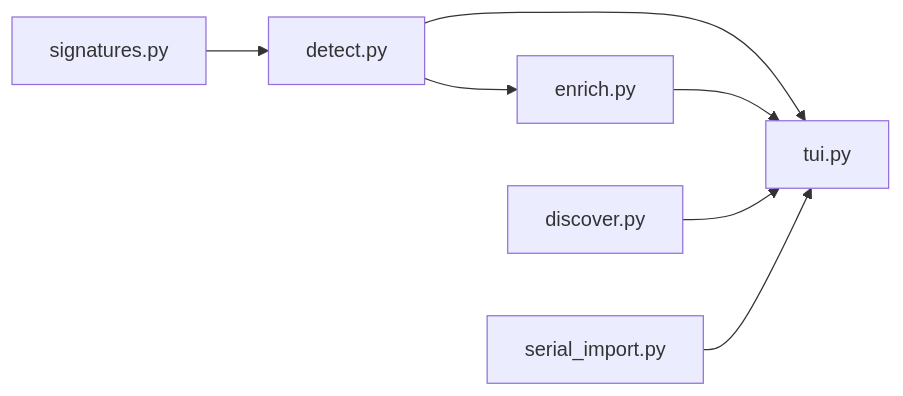
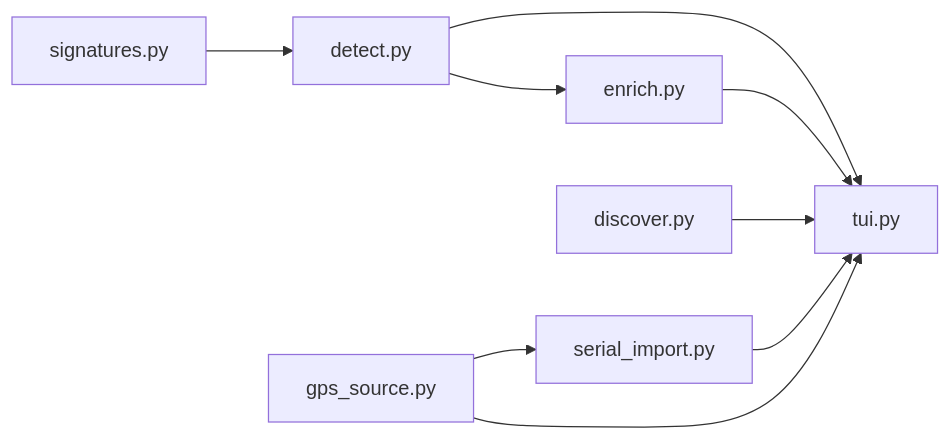
One commit to thehappydinoa/flockdar changed the second of 2 diagrams in README.md. Above: the diagram before and after it, drawn with Mermaid. The commit also changed other lines of this file and 11 other files, not shown here.

First line of the commit message:
Add Meshtastic GPS source + Raspberry Pi deployment

````diff
--- a/README.md
+++ b/README.md
@@ -177,16 +179,19 @@
 ```mermaid
 graph LR
     SIG[signatures.py]
     DET[detect.py]
     ENR[enrich.py]
     DIS[discover.py]
     SER[serial_import.py]
+    GPS[gps_source.py]
     TUI[tui.py]
 
     SIG --> DET
     DET --> TUI
     DET --> ENR
     ENR --> TUI
     DIS --> TUI
     SER --> TUI
+    GPS --> SER
+    GPS --> TUI
 ```
````
